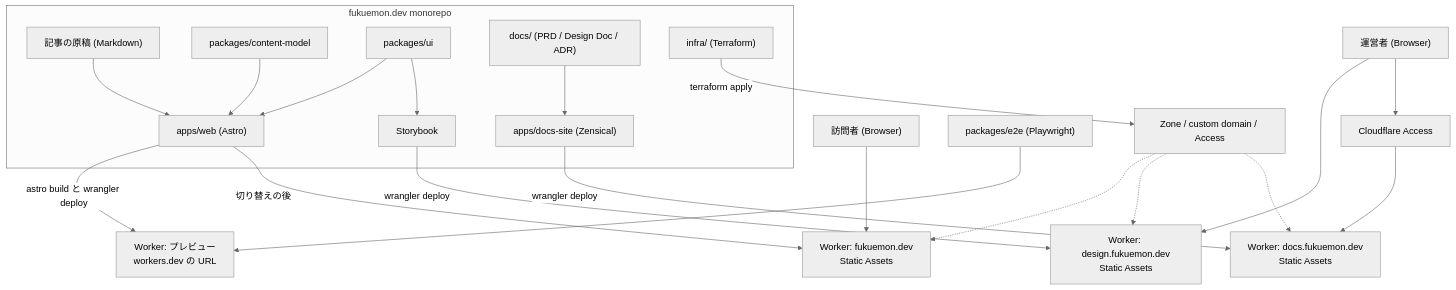
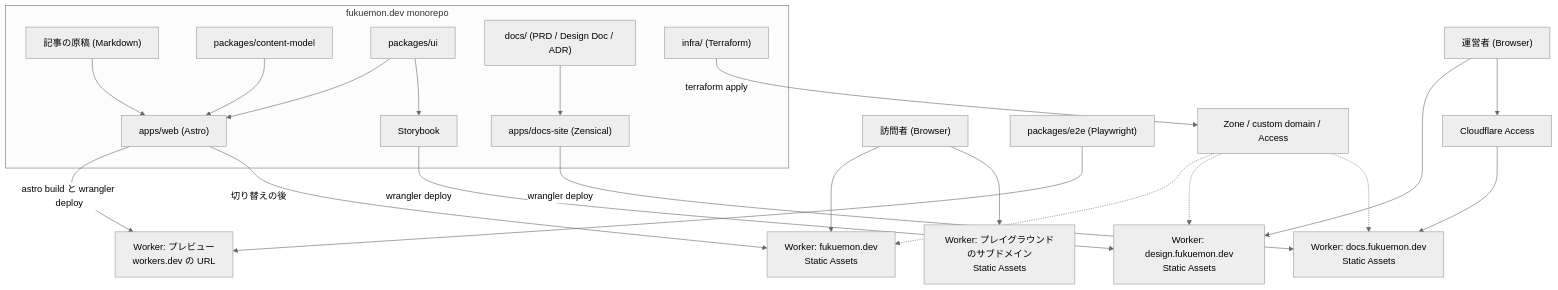
The first of 2 diagrams in design/DesignDoc.md (Fukuemon/fukuemon.dev), drawn with Mermaid (neutral theme) before and after one commit. The commit also changed other lines of this file and 7 other files, not shown here.

````diff
--- a/design/DesignDoc.md
+++ b/design/DesignDoc.md
@@ -63,26 +63,27 @@
 ```mermaid
 flowchart TD
     reader["訪問者 (Browser)"] --> site["Worker: fukuemon.dev<br/>Static Assets"]
+    reader --> play["Worker: プレイグラウンドのサブドメイン<br/>Static Assets"]
     dev["運営者 (Browser)"] --> catalog["Worker: design.fukuemon.dev<br/>Static Assets"]
     dev --> access["Cloudflare Access"]
     access --> docsw["Worker: docs.fukuemon.dev<br/>Static Assets"]
     e2e["packages/e2e (Playwright)"] --> preview["Worker: プレビュー<br/>workers.dev の URL"]
 
     subgraph repo ["fukuemon.dev monorepo"]
         md["記事の原稿 (Markdown)"] --> web["apps/web (Astro)"]
         cm["packages/content-model"] --> web
         ui["packages/ui"] --> web
         ui --> sb["Storybook"]
         docs["docs/ (PRD / Design Doc / ADR)"] --> ds["apps/docs-site (Zensical)"]
         infra["infra/ (Terraform)"]
     end
 
     web -->|"astro build と wrangler deploy"| preview
     web -->|"切り替えの後"| site
     sb -->|"wrangler deploy"| catalog
     ds -->|"wrangler deploy"| docsw
     infra -->|"terraform apply"| cfbase["Zone / custom domain / Access"]
     cfbase -.-> site
     cfbase -.-> catalog
     cfbase -.-> docsw
 ```
````
